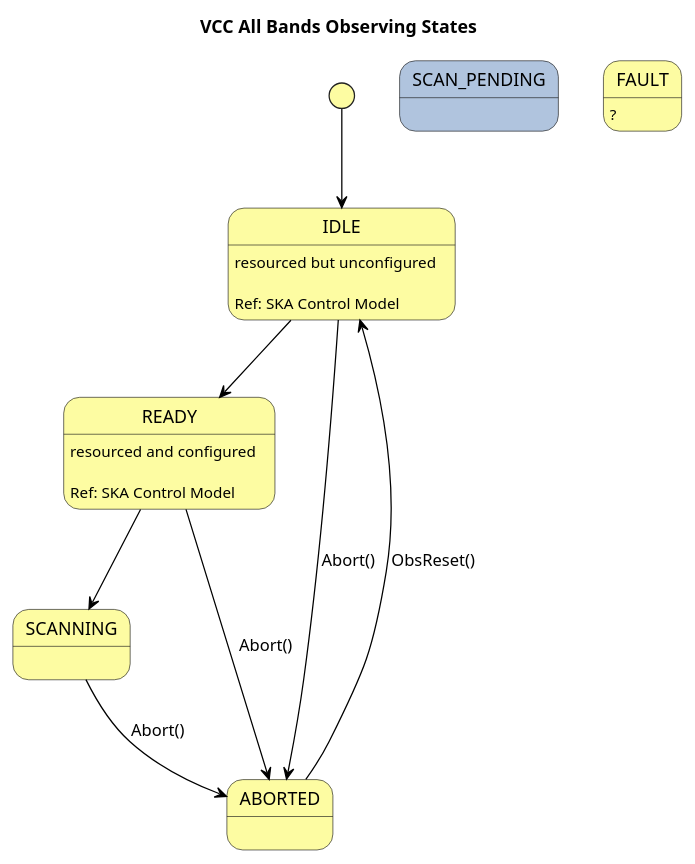
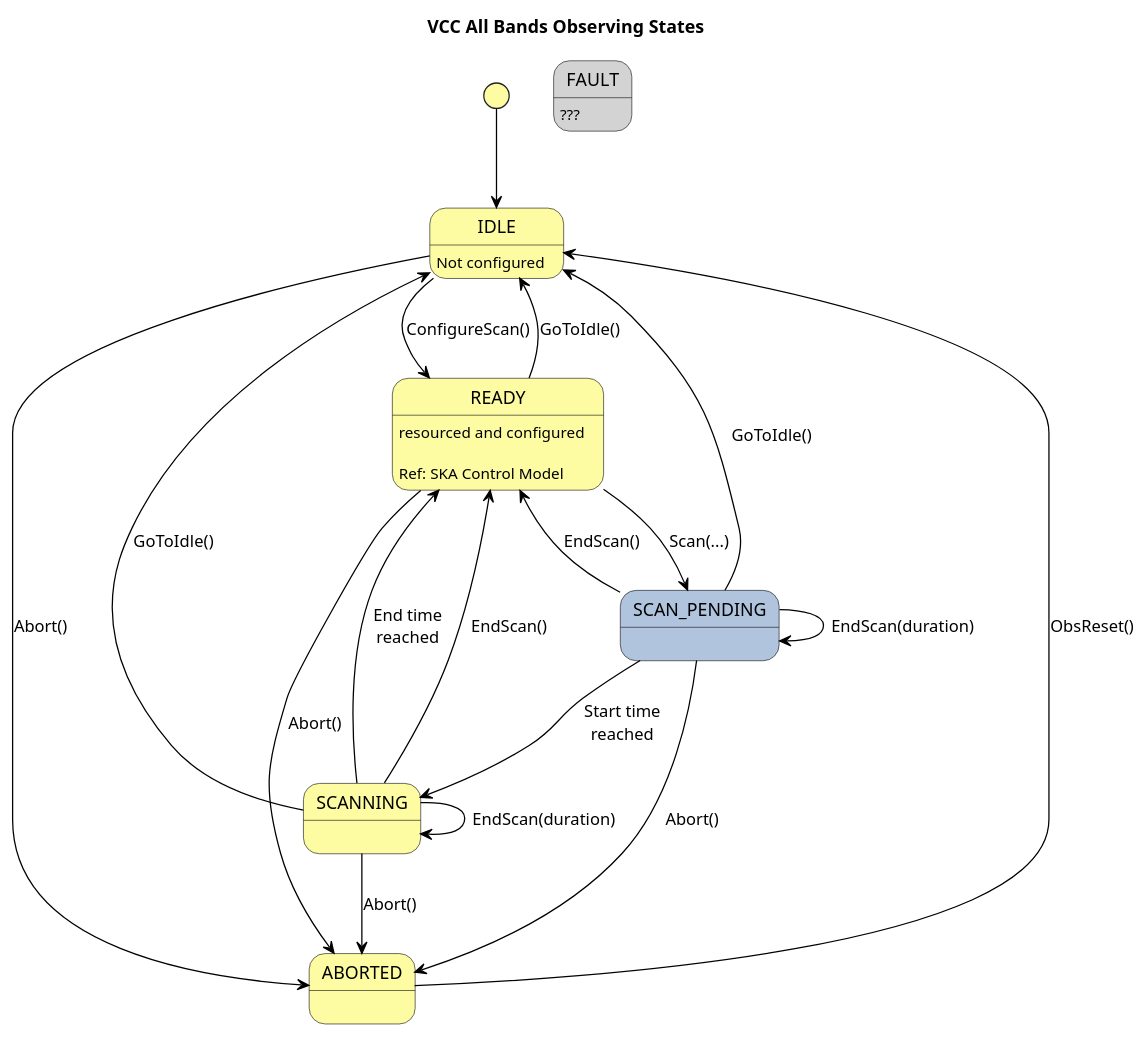
Before and after one commit to ska-telescope/ska-mid-cbf-fhs-vcc: the diagram in docs/src/design/states.puml, drawn with PlantUML.

Commit message:
CIP-5383: update all bands obs state diagram to include SCAN_PENDING state.

```diff
--- a/docs/src/design/states.puml
+++ b/docs/src/design/states.puml
@@ -1,54 +1,65 @@
 @startuml
 
 ' !theme crt-green
 
 <style>
   element {
     BackGroundColor: #fdfca2;
   }
 
   arrow {
     LineColor: #Black;
     FontColor: #Black;
   }
 </style>
 
 title VCC All Bands Observing States
 
 ' Ref ska-mid-cbf-fhs-common/src/ska_mid_cbf_fhs_common/enums/fhs_state.py:
 ' https://developer.skao.int/projects/ska-control-model/en/latest/obs_state.html
 
 ' EMPTY: the subarray is unresourced
 ' RESOURCING: the subarray is performing a resourcing operation
 ' IDLE: the subarray is resourced but unconfigured
 ' CONFIGURING: the subarray is performing a configuring operation
 ' READY: the subarray is resourced and configured
 ' SCANNING: the subarray is scanning
 ' ABORTING: the subarray is aborting
 ' ABORTED: the subarray has aborted
 ' RESETTING: the subarray is resetting from an ABORTED or FAULT state back to IDLE
 ' RESTARTING: the subarray is restarting from an ABORTED or FAULT state back to EMPTY
 ' FAULT: the subarray has encountered a observation fault.
 
 ' IDLE, READY, SCANNING, ABORTED, FAULT
 
-state IDLE: resourced but unconfigured\n\nRef: SKA Control Model
+state IDLE: Not configured
 state READY: resourced and configured\n\nRef: SKA Control Model
 state SCANNING: 
 state SCAN_PENDING #LightSteelBlue:
 state ABORTED:
-state FAULT: ?
+state FAULT #LightGray: ???
 
-[*]           -->       IDLE
-IDLE          -->       READY
-IDLE          -->       ABORTED : Abort()
+[*]           -->     IDLE
+IDLE          -->     READY : ConfigureScan()
+IDLE          -->     ABORTED : Abort()
 
-READY         -->       SCANNING
-READY         -->       ABORTED : Abort()
+READY         -->     SCAN_PENDING : Scan(...)
+READY         -->     IDLE : GoToIdle()
+READY         -->     ABORTED : Abort()
 
-SCANNING      -->       ABORTED : Abort()
+SCAN_PENDING  -->     SCANNING : Start time\nreached
+SCAN_PENDING  -->     IDLE : GoToIdle()
+SCAN_PENDING  -->     READY : EndScan()
+SCAN_PENDING  -->     SCAN_PENDING : EndScan(duration)
+SCAN_PENDING  -->     ABORTED : Abort()
 
-ABORTED       -->       IDLE : ObsReset()
+SCANNING      -->     READY : End time\nreached
+SCANNING      -->     IDLE : GoToIdle()
+SCANNING      -->     READY : EndScan()
+SCANNING      -->     SCANNING : EndScan(duration)
+SCANNING      -->     ABORTED : Abort()
+
+ABORTED       -->     IDLE : ObsReset()
 
 
 @enduml
```
